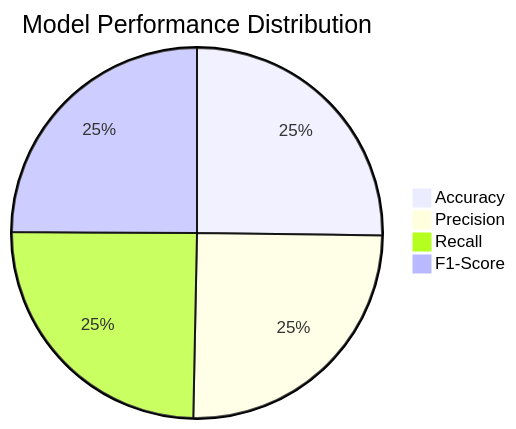
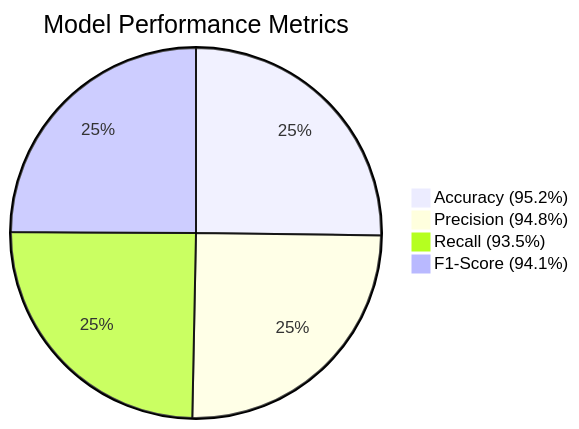
The fourth of 5 diagrams in README.md (Charan703/E2E_NetworkSecurity), drawn with Mermaid before and after one commit. The commit also changed other lines of this file and 8 other files, not shown here.

````diff
--- a/README.md
+++ b/README.md
@@ -247,7 +398,7 @@
 ```mermaid
-pie title Model Performance Distribution
-    "Accuracy" : 95.2
-    "Precision" : 94.8
-    "Recall" : 93.5
-    "F1-Score" : 94.1
+pie title Model Performance Metrics
+    "Accuracy (95.2%)" : 95.2
+    "Precision (94.8%)" : 94.8
+    "Recall (93.5%)" : 93.5
+    "F1-Score (94.1%)" : 94.1
 ```
````
